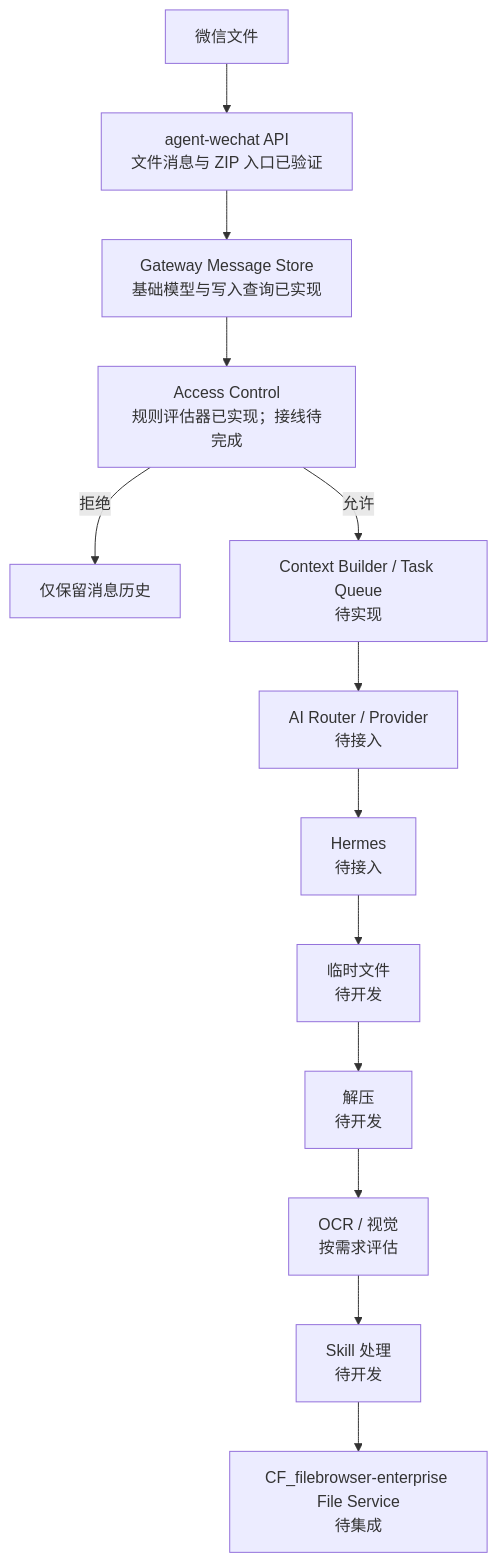
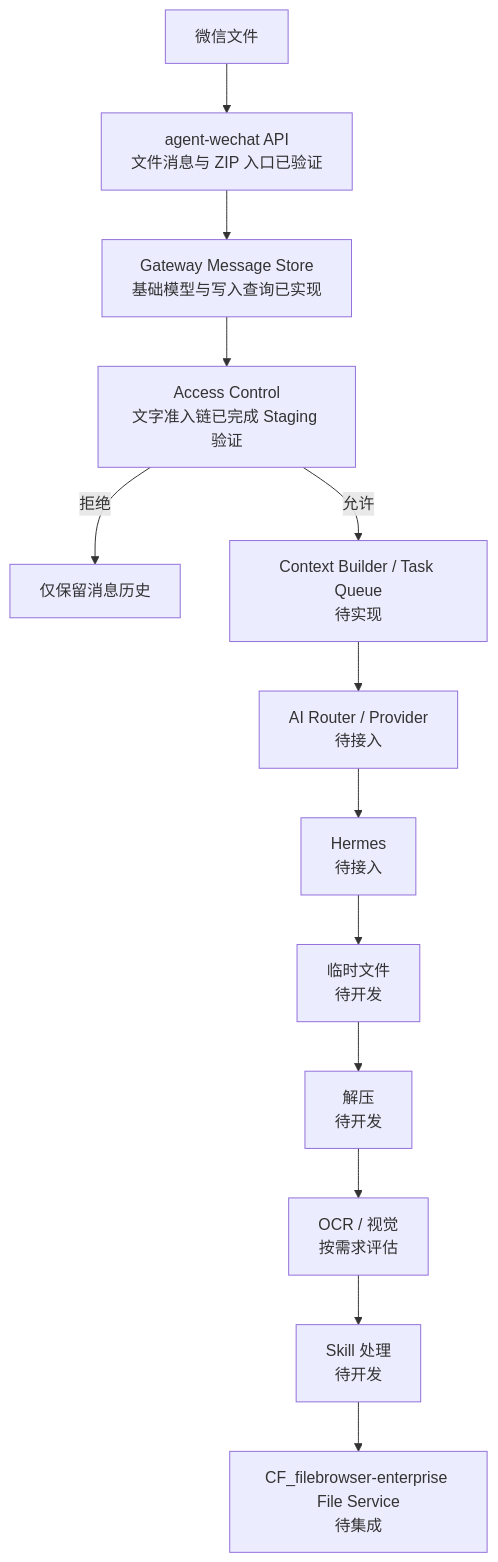
The second of 2 diagrams in 02_系统设计.md (Tangbohu09527/CF_ecommerce-automation-docs), drawn with Mermaid before and after one commit. The commit also changed other lines of this file and 19 other files, not shown here.

````diff
--- a/02_系统设计.md
+++ b/02_系统设计.md
@@ -115,15 +120,15 @@
 ```mermaid
 flowchart TB
     W["微信文件"] --> A["agent-wechat API<br/>文件消息与 ZIP 入口已验证"]
     A --> M["Gateway Message Store<br/>基础模型与写入查询已实现"]
-    M --> AC["Access Control<br/>规则评估器已实现；接线待完成"]
+    M --> AC["Access Control<br/>文字准入链已完成 Staging 验证"]
     AC -->|"拒绝"| R["仅保留消息历史"]
     AC -->|"允许"| C["Context Builder / Task Queue<br/>待实现"]
     C --> P["AI Router / Provider<br/>待接入"]
     P --> H["Hermes<br/>待接入"]
     H --> T["临时文件<br/>待开发"]
     T --> U["解压<br/>待开发"]
     U --> V["OCR / 视觉<br/>按需求评估"]
     V --> S["Skill 处理<br/>待开发"]
     S --> F["CF_filebrowser-enterprise File Service<br/>待集成"]
 ```
````
